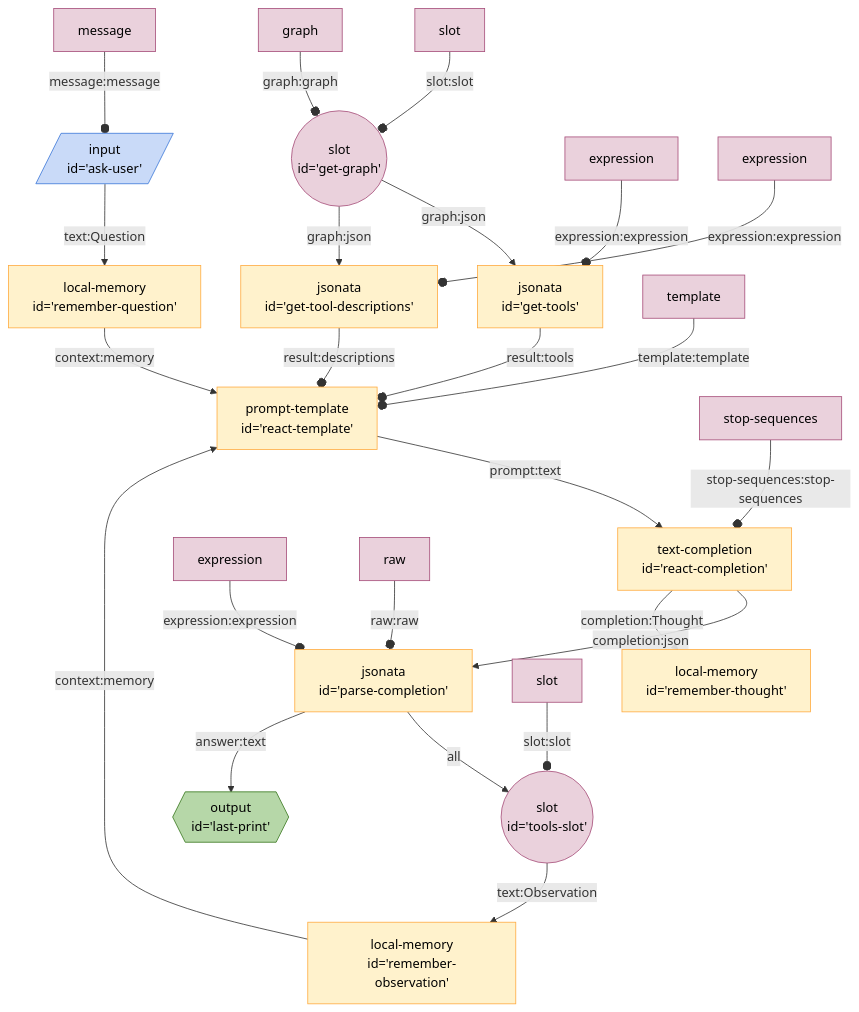
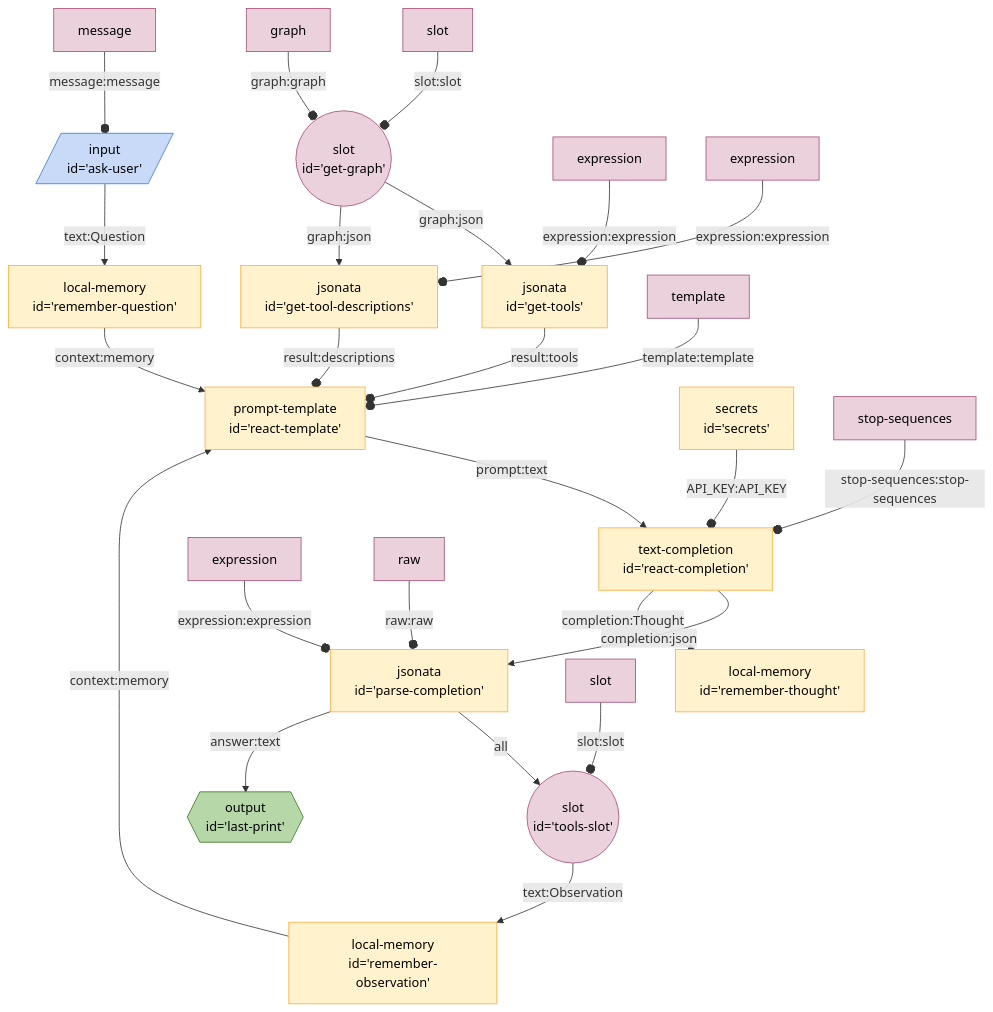
Before and after one commit to breadboard-ai/breadboard: the diagram in seeds/graph-playground/docs/graphs/react-with-slot.md, drawn with Mermaid. The commit also changed 14 other files, not shown here.

Commit message:
[graphs] Update graph diagrams.

````diff
--- a/seeds/graph-playground/docs/graphs/react-with-slot.md
+++ b/seeds/graph-playground/docs/graphs/react-with-slot.md
@@ -4,60 +4,63 @@
 ```mermaid
 %%{init: 'themeVariables': { 'fontFamily': 'Fira Code, monospace' }}%%
 graph TD;
 getgraph(("slot
 id='get-graph'")):::slot -- graph:json --> gettools["jsonata
 id='get-tools'"]
 getgraph(("slot
 id='get-graph'")):::slot -- graph:json --> gettooldescriptions["jsonata
 id='get-tool-descriptions'"]
 gettools["jsonata
 id='get-tools'"] -- result:tools --o reacttemplate["prompt-template
 id='react-template'"]
 gettooldescriptions["jsonata
 id='get-tool-descriptions'"] -- result:descriptions --o reacttemplate["prompt-template
 id='react-template'"]
 askuser[/"input
 id='ask-user'"/]:::input -- text:Question --> rememberquestion["local-memory
 id='remember-question'"]
 rememberquestion["local-memory
 id='remember-question'"] -- context:memory --> reacttemplate["prompt-template
 id='react-template'"]
+secrets["secrets
+id='secrets'"] -- API_KEY:API_KEY --o reactcompletion["text-completion
+id='react-completion'"]
 reacttemplate["prompt-template
 id='react-template'"] -- prompt:text --> reactcompletion["text-completion
 id='react-completion'"]
 reactcompletion["text-completion
 id='react-completion'"] -- completion:json --> parsecompletion["jsonata
 id='parse-completion'"]
 reactcompletion["text-completion
 id='react-completion'"] -- completion:Thought --> rememberthought["local-memory
 id='remember-thought'"]
 parsecompletion["jsonata
 id='parse-completion'"] -- all --> toolsslot(("slot
 id='tools-slot'")):::slot
 toolsslot(("slot
 id='tools-slot'")):::slot -- text:Observation --> rememberobservation["local-memory
 id='remember-observation'"]
 rememberobservation["local-memory
 id='remember-observation'"] -- context:memory --> reacttemplate["prompt-template
 id='react-template'"]
 parsecompletion["jsonata
 id='parse-completion'"] -- answer:text --> lastprint{{"output
 id='last-print'"}}:::output
 templatereacttemplate[template]:::config -- template:template --o reacttemplate
 messageaskuser[message]:::config -- message:message --o askuser
 stopsequencesreactcompletion[stop-sequences]:::config -- stop-sequences:stop-sequences --o reactcompletion
 slotgetgraph[slot]:::config -- slot:slot --o getgraph
 graphgetgraph[graph]:::config -- graph:graph --o getgraph
 expressiongettools[expression]:::config -- expression:expression --o gettools
 expressiongettooldescriptions[expression]:::config -- expression:expression --o gettooldescriptions
 expressionparsecompletion[expression]:::config -- expression:expression --o parsecompletion
 rawparsecompletion[raw]:::config -- raw:raw --o parsecompletion
 slottoolsslot[slot]:::config -- slot:slot --o toolsslot
 classDef default stroke:#ffab40,fill:#fff2ccff,color:#000
 classDef input stroke:#3c78d8,fill:#c9daf8ff,color:#000
 classDef output stroke:#38761d,fill:#b6d7a8ff,color:#000
 classDef passthrough stroke:#a64d79,fill:#ead1dcff,color:#000
 classDef slot stroke:#a64d79,fill:#ead1dcff,color:#000
 classDef config stroke:#a64d79,fill:#ead1dcff,color:#000
 classDef slotted stroke:#a64d79
 ```
````
